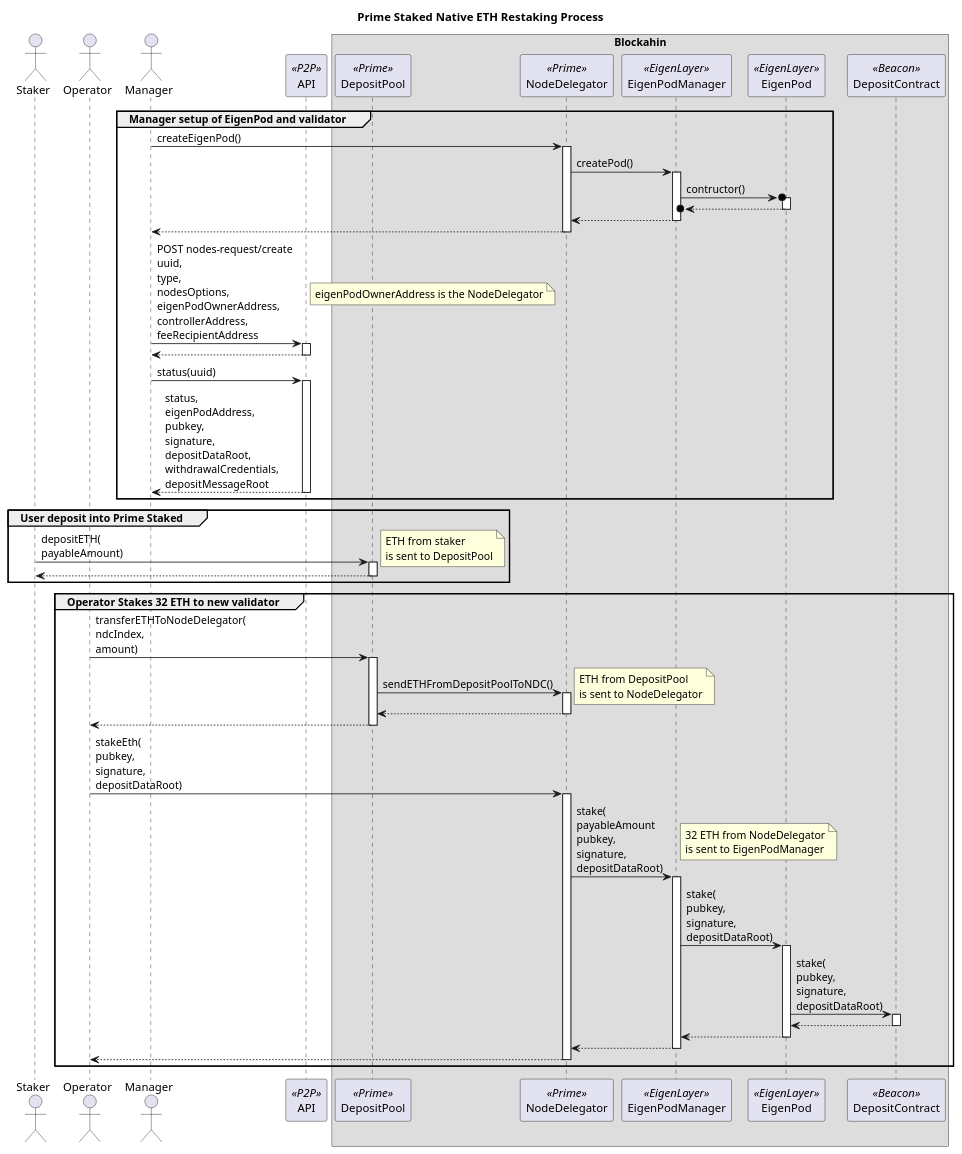
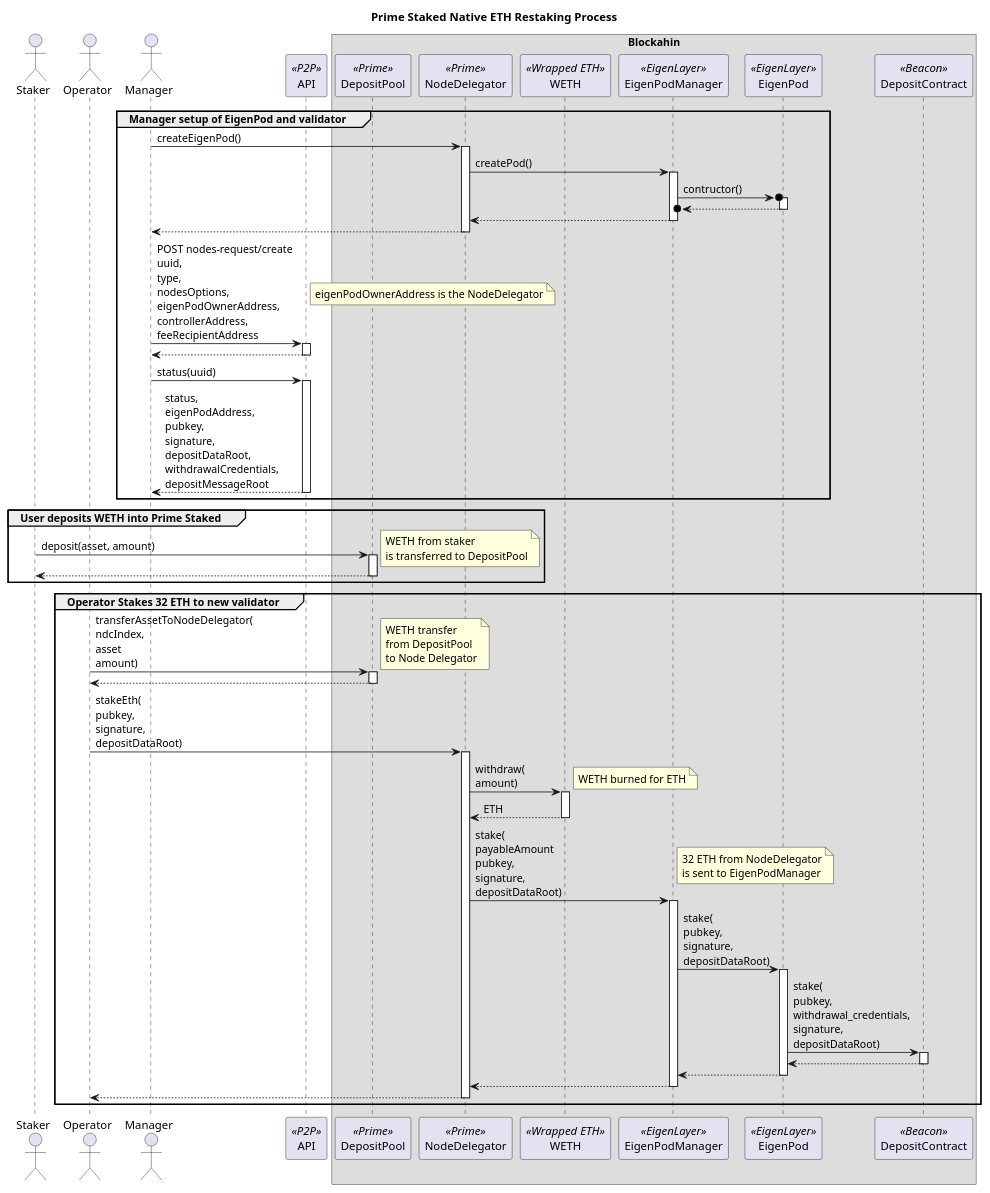
The diagram in docs/plantuml/primeRestakingProcess.puml (oplabs/primestaked-eth), drawn with PlantUML before and after one commit. The commit also changed 1 other file, not shown here.

Commit message:
Updated Prime native ETH restaking process

```diff
--- a/docs/plantuml/primeRestakingProcess.puml
+++ b/docs/plantuml/primeRestakingProcess.puml
@@ -1,95 +1,95 @@
 @startuml
 
 skinparam tabSize 2
 
 title "Prime Staked Native ETH Restaking Process"
 
 actor "Staker" as staker
 actor "Operator" as op
 actor "Manager" as man
 participant "API" as api <<P2P>>
 
 box "Blockahin"
 participant "DepositPool" as dp <<Prime>>
 participant "NodeDelegator" as nd <<Prime>>
+participant "WETH" as weth <<Wrapped ETH>>
 participant "EigenPodManager" as podMan <<EigenLayer>>
 participant "EigenPod" as pod <<EigenLayer>>
 participant "DepositContract" as dep <<Beacon>>
 end box
 
 group Manager setup of EigenPod and validator
 man -> nd : createEigenPod()
 activate nd
 nd -> podMan : createPod()
 activate podMan
 podMan ->o pod: contructor()
 activate pod
 return
 return
 return
 
 man -> api: POST nodes-request/create\nuuid,\ntype,\nnodesOptions,\neigenPodOwnerAddress,\ncontrollerAddress,\nfeeRecipientAddress
 activate api
 note right : eigenPodOwnerAddress is the NodeDelegator
 return
 
 man -> api: status(uuid)
 activate api
 return status,\neigenPodAddress,\npubkey,\nsignature,\ndepositDataRoot,\nwithdrawalCredentials,\ndepositMessageRoot
 
 end group
 
-group User deposit into Prime Staked
+group User deposits WETH into Prime Staked
 
-staker -> dp : depositETH(\npayableAmount)
-note right : ETH from staker\nis sent to DepositPool
+staker -> dp : deposit(asset, amount)
+note right : WETH from staker\nis transferred to DepositPool
 activate dp
 return
 
 end group
 
+group Operator Stakes 32 ETH to new validator
+
+op -> dp : transferAssetToNodeDelegator(\nndcIndex,\nasset\namount)
+activate dp
+note right : WETH transfer\nfrom DepositPool\nto Node Delegator
+return
+
+
+op -> nd : stakeEth(\npubkey,\nsignature,\ndepositDataRoot)
+activate nd
+nd -> weth : withdraw(\namount)
+activate weth
+note right : WETH burned for ETH
+return ETH
+nd -> podMan : stake(\npayableAmount\npubkey,\nsignature,\ndepositDataRoot)
+note right : 32 ETH from NodeDelegator\nis sent to EigenPodManager
+activate podMan
+podMan -> pod : stake(\npubkey,\nsignature,\ndepositDataRoot)
+activate pod
+pod -> dep : stake(\npubkey,\nwithdrawal_credentials,\nsignature,\ndepositDataRoot)
+activate dep
+return
+return
+return
+return
+' man -> dep : deposit(\npubkey,\nsignature,\ndeposit_data_root)
+' activate dep
+' return
+end group
 
 ' group Manager adds another validator
 
 ' man -> api: POST nodes-request/create\nuuid,\ntype,\nnodesOptions,\neigenPodOwnerAddress,\ncontrollerAddress,\nfeeRecipientAddress
 ' activate api
 ' note right : eigenPodOwnerAddress is the NodeDelegator
 ' return
 
 ' man -> api: status(uuid)
 ' activate api
 ' return status,\neigenPodAddress,\npubkey,\nsignature,\ndepositDataRoot,\nwithdrawalCredentials,\ndepositMessageRoot
 
 ' end group
 
-group Operator Stakes 32 ETH to new validator
-
-op -> dp : transferETHToNodeDelegator(\nndcIndex,\namount)
-activate dp
-dp -> nd : sendETHFromDepositPoolToNDC()
-note right : ETH from DepositPool\nis sent to NodeDelegator
-activate nd
-return
-return
-
-
-op -> nd : stakeEth(\npubkey,\nsignature,\ndepositDataRoot)
-activate nd
-nd -> podMan : stake(\npayableAmount\npubkey,\nsignature,\ndepositDataRoot)
-note right : 32 ETH from NodeDelegator\nis sent to EigenPodManager
-activate podMan
-podMan -> pod : stake(\npubkey,\nsignature,\ndepositDataRoot)
-activate pod
-pod -> dep : stake(\npubkey,\nsignature,\ndepositDataRoot)
-activate dep
-return
-return
-return
-return
-' man -> dep : deposit(\npubkey,\nsignature,\ndeposit_data_root)
-' activate dep
-' return
-
-end group
-
 @enduml
```
